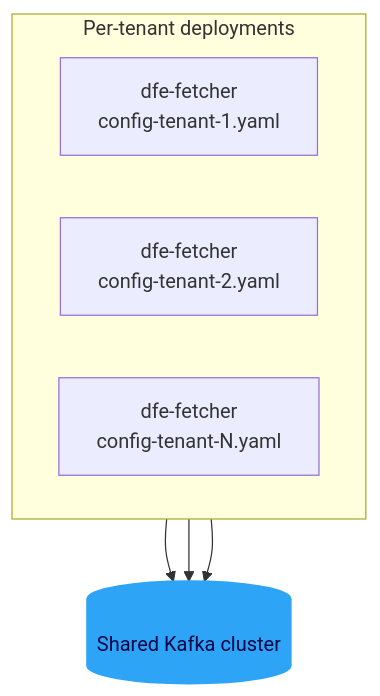
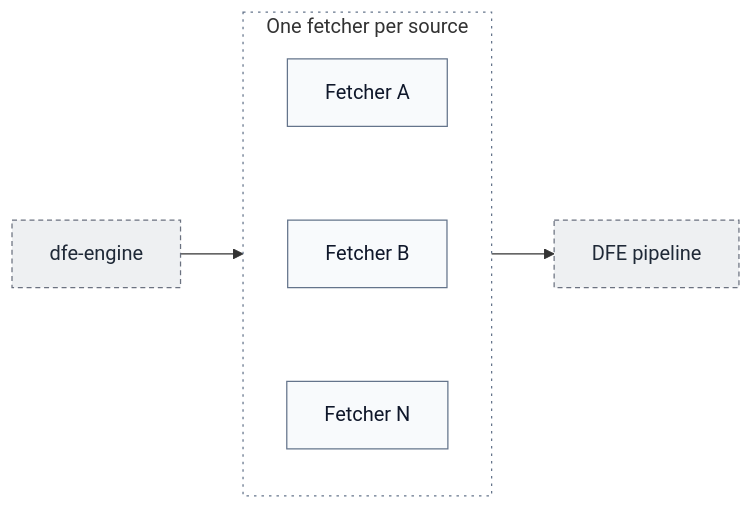
One commit to hyperi-io/dfe-fetcher changed the fourth of 4 diagrams in docs/internals.md. Above: the diagram before and after it, drawn with Mermaid. The commit also changed other lines of this file and 38 other files, not shown here.

First line of the commit message:
docs(fetcher): correct 42 claims and redraw 9 diagrams

````diff
--- a/docs/internals.md
+++ b/docs/internals.md
@@ -307,16 +219,26 @@
 ```mermaid
-flowchart TB
-    subgraph "Per-tenant deployments"
-        direction LR
-        F1[dfe-fetcher<br>config-tenant-1.yaml]
-        F2[dfe-fetcher<br>config-tenant-2.yaml]
-        FN[dfe-fetcher<br>config-tenant-N.yaml]
+flowchart LR
+    accTitle: L4 Detail -- Fetcher deployments
+    accDescr: dfe-engine writes one fetcher deployment for each configured source. Every fetcher sends its records to the same DFE pipeline.
+
+    engine["dfe-engine"]
+
+    subgraph fetchers["One fetcher per source"]
+        direction TB
+        f1["Fetcher A"]
+        f2["Fetcher B"]
+        f3["Fetcher N"]
+        f1 ~~~ f2 ~~~ f3
     end
-    K[(Shared Kafka cluster)]
-    F1 --> K
-    F2 --> K
-    FN --> K
 
-    classDef store fill:#2EA4F6,stroke:#2EA4F6,stroke-width:2px,color:#000647
-    class K store
+    dfe["DFE pipeline"]
+
+    engine --> fetchers
+    fetchers --> dfe
+
+    classDef default fill:#F8FAFC,stroke:#64748B,stroke-width:1px,color:#0F172A
+    classDef ext fill:#EEF0F2,stroke:#6B7280,stroke-width:1px,stroke-dasharray:4 3,color:#1F2937
+    classDef group fill:none,stroke:#64748B,stroke-width:1px,stroke-dasharray:2 4
+    class engine,dfe ext
+    class fetchers group
 ```
````
